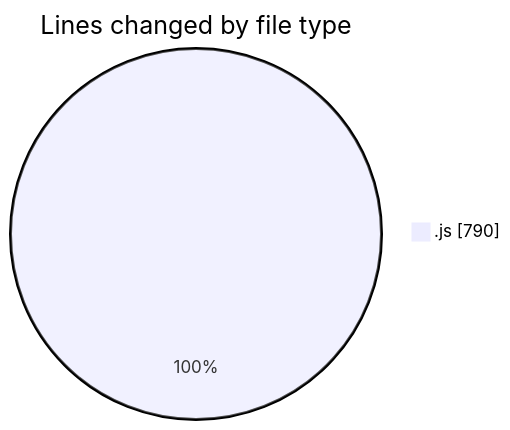
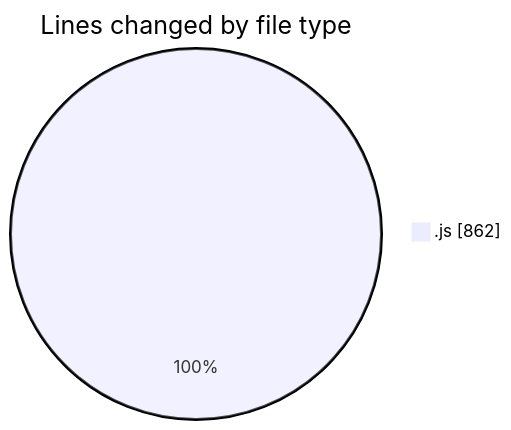
The first of 2 diagrams in 2025-07-29/nxtqube_webapp/README.md (nxtqubesakshisongat/code-tracking), drawn with Mermaid before and after one commit. The commit also changed other lines of this file and 1 other file, not shown here.

````diff
--- a/2025-07-29/nxtqube_webapp/README.md
+++ b/2025-07-29/nxtqube_webapp/README.md
@@ -22,5 +22,5 @@
 ```mermaid
 pie showData
 title Lines changed by file type
-".js" : 790
+".js" : 862
 ```
````
